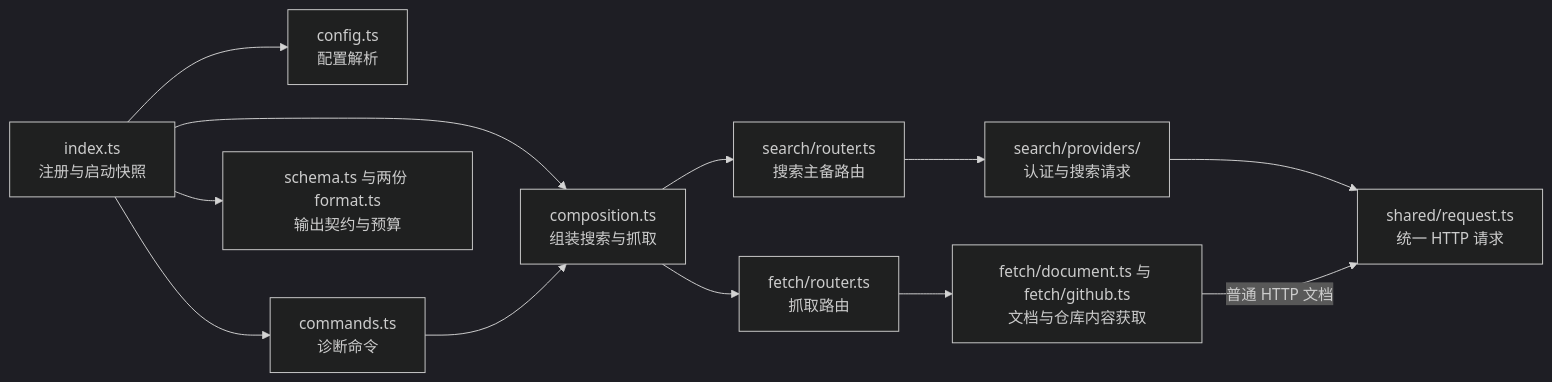
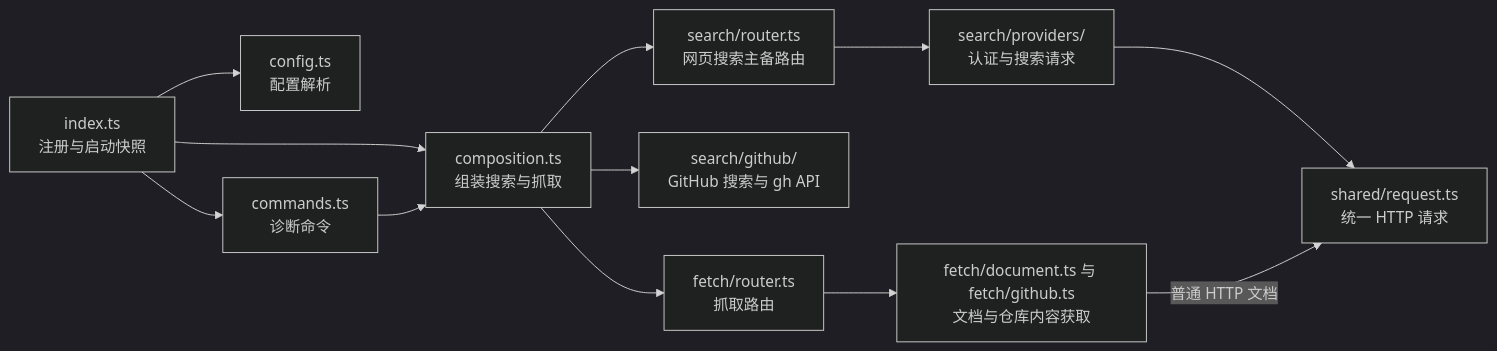
One commit to aqua2k1/pi-kits changed the first of 3 diagrams in extensions/pi-web-kits/docs/architecture.md. Above: the diagram before and after it, drawn with Mermaid (dark theme). The commit also changed other lines of this file and 34 other files, not shown here.

Commit message:
feat(web-kits): add capability-based web and GitHub search

````diff
--- a/extensions/pi-web-kits/docs/architecture.md
+++ b/extensions/pi-web-kits/docs/architecture.md
@@ -7,14 +7,14 @@
 ```mermaid
 flowchart LR
   entry["index.ts<br/>注册与启动快照"] --> config["config.ts<br/>配置解析"]
   entry --> commands["commands.ts<br/>诊断命令"]
   entry --> composition["composition.ts<br/>组装搜索与抓取"]
   commands --> composition
-  composition --> search["search/router.ts<br/>搜索主备路由"]
+  composition --> search["search/router.ts<br/>网页搜索主备路由"]
+  composition --> github["search/github/<br/>GitHub 搜索与 gh API"]
   composition --> fetch["fetch/router.ts<br/>抓取路由"]
   search --> providers["search/providers/<br/>认证与搜索请求"]
   fetch --> handlers["fetch/document.ts 与 fetch/github.ts<br/>文档与仓库内容获取"]
   providers --> transport["shared/request.ts<br/>统一 HTTP 请求"]
   handlers -->|普通 HTTP 文档| transport
-  entry --> output["schema.ts 与两份 format.ts<br/>输出契约与预算"]
 ```
````
